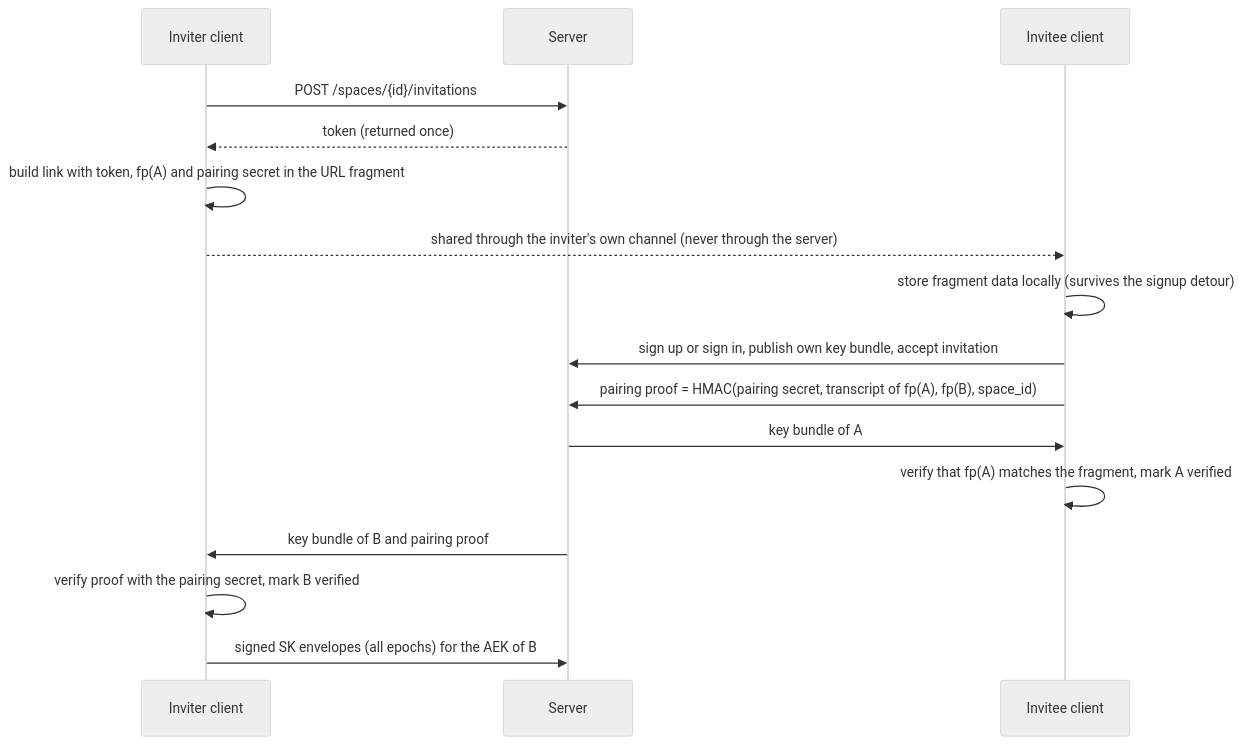
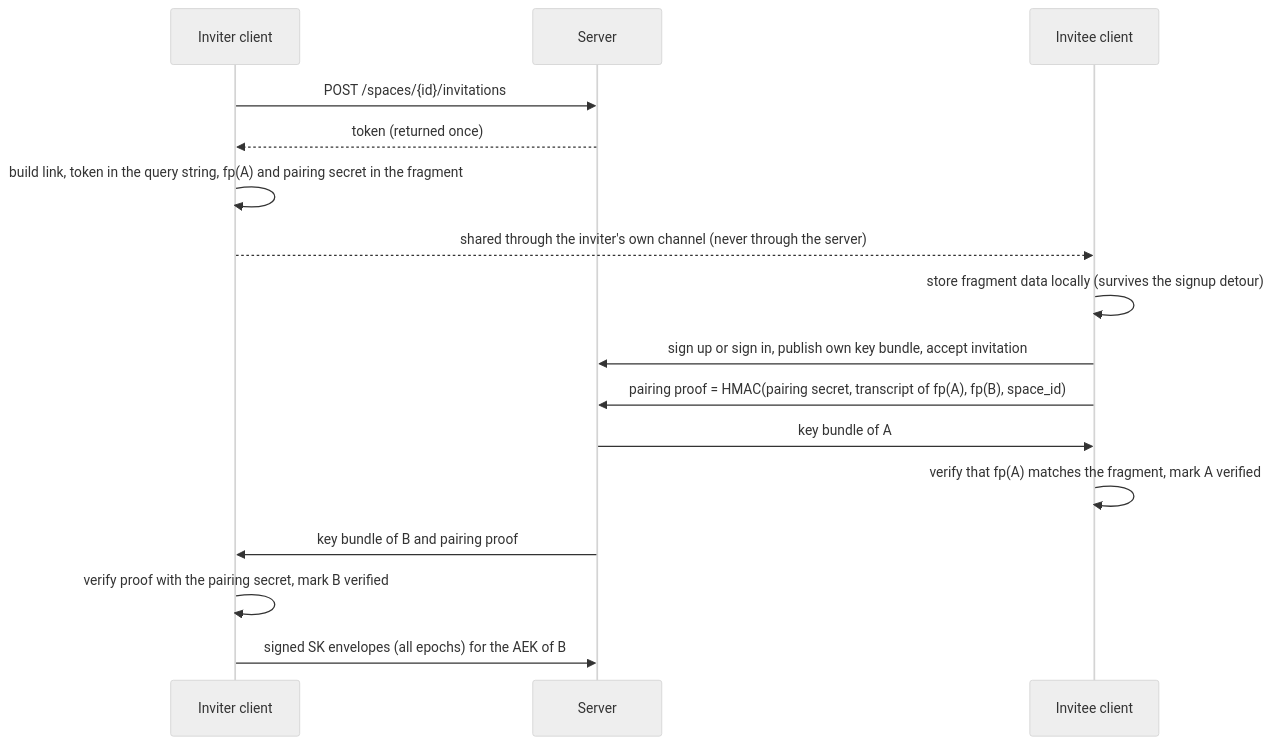
Before and after one commit to baerenmarke90/eimir: the diagram in docs/mx/E2EE-CONCEPT.md, drawn with Mermaid (neutral theme). The commit also changed other lines of this file, not shown here.

````diff
--- a/docs/mx/E2EE-CONCEPT.md
+++ b/docs/mx/E2EE-CONCEPT.md
@@ -685,18 +760,18 @@
 ```mermaid
 sequenceDiagram
   participant A as Inviter client
   participant S as Server
   participant B as Invitee client
   A->>S: POST /spaces/{id}/invitations
   S-->>A: token (returned once)
-  A->>A: build link with token, fp(A) and pairing secret in the URL fragment
+  A->>A: build link, token in the query string, fp(A) and pairing secret in the fragment
   A-->>B: shared through the inviter's own channel (never through the server)
   B->>B: store fragment data locally (survives the signup detour)
   B->>S: sign up or sign in, publish own key bundle, accept invitation
   B->>S: pairing proof = HMAC(pairing secret, transcript of fp(A), fp(B), space_id)
   S->>B: key bundle of A
   B->>B: verify that fp(A) matches the fragment, mark A verified
   S->>A: key bundle of B and pairing proof
   A->>A: verify proof with the pairing secret, mark B verified
   A->>S: signed SK envelopes (all epochs) for the AEK of B
 ```
````
